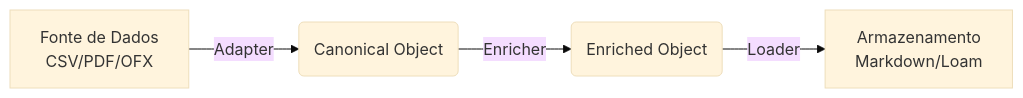
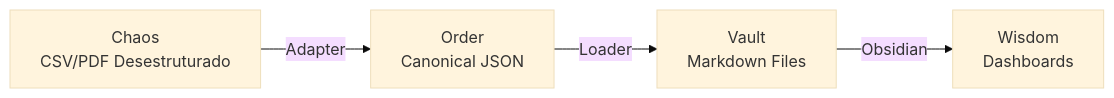
Before and after one commit to aretw0/finance-vault: the diagram in docs/TECHNICAL.md, drawn with Mermaid (base theme). The commit also changed other lines of this file, not shown here.

First line of the commit message:
docs: refine technical architecture for simpler value stream

````diff
--- a/docs/TECHNICAL.md
+++ b/docs/TECHNICAL.md
@@ -9,6 +11,6 @@
 ```mermaid
 graph LR
-    A[Fonte de Dados<br/>CSV/PDF/OFX] -->|Adapter| B(Canonical Object)
-    B -->|Enricher| C(Enriched Object)
-    C -->|Loader| D[Armazenamento<br/>Markdown/Loam]
+    Input[Chaos<br/>CSV/PDF Desestruturado] -->|Adapter| Clean[Order<br/>Canonical JSON]
+    Clean -->|Loader| Storage[Vault<br/>Markdown Files]
+    Storage -->|Obsidian| Insight[Wisdom<br/>Dashboards]
 ```
````
